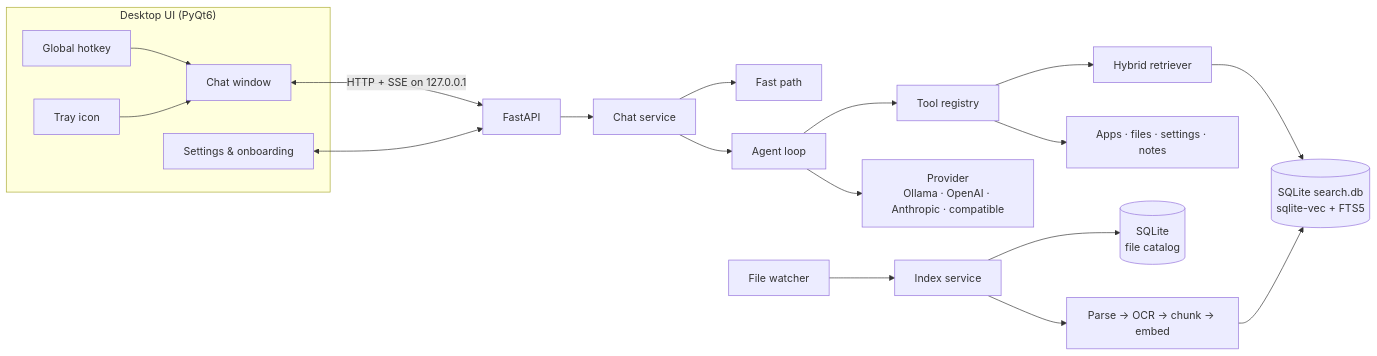
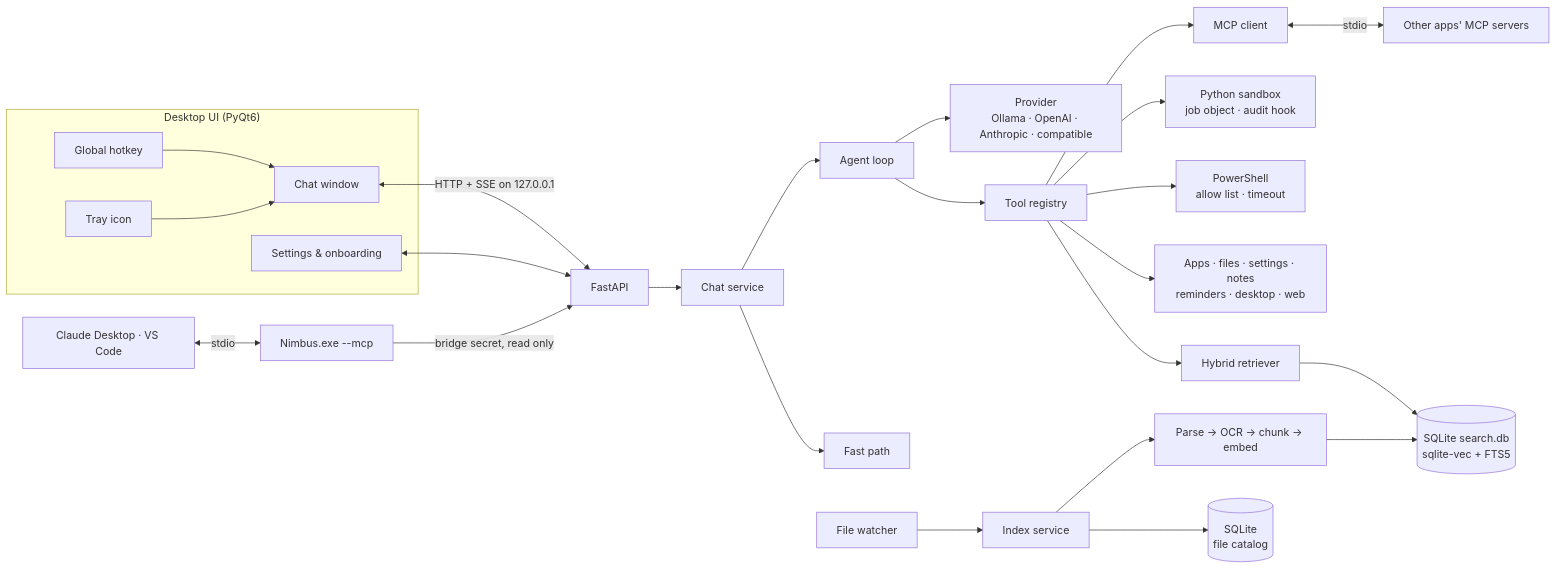
The diagram in README.md (DripYeager/Nimbus), drawn with Mermaid before and after one commit. The commit also changed other lines of this file and 38 other files, not shown here.

Commit message:
fix: close command, sandbox and web-reading bypasses, pin web requests to the checked address, safer approval cards and undo

````diff
--- a/README.md
+++ b/README.md
@@ -153,21 +216,26 @@
 ```mermaid
 flowchart LR
     subgraph UI["Desktop UI (PyQt6)"]
         H[Global hotkey] --> C[Chat window]
         T[Tray icon] --> C
         S[Settings & onboarding]
     end
     C <-->|HTTP + SSE on 127.0.0.1| API[FastAPI]
     S <--> API
     API --> CS[Chat service]
     CS --> FP[Fast path]
     CS --> AG[Agent loop]
     AG --> TR[Tool registry]
     AG --> P["Provider<br/>Ollama · OpenAI · Anthropic · compatible"]
     TR --> R[Hybrid retriever]
-    TR --> ACT[Apps · files · settings · notes]
+    TR --> ACT[Apps · files · settings · notes<br/>reminders · desktop · web]
+    TR --> PS["PowerShell<br/>allow list · timeout"]
+    TR --> PY["Python sandbox<br/>job object · audit hook"]
+    TR --> MC["MCP client"] <-->|stdio| EXT[Other apps' MCP servers]
     R --> VS[(SQLite search.db<br/>sqlite-vec + FTS5)]
+    CD[Claude Desktop · VS Code] <-->|stdio| BR["Nimbus.exe --mcp"]
+    BR -->|bridge secret, read only| API
     W[File watcher] --> IS[Index service]
     IS --> CAT[(SQLite<br/>file catalog)]
     IS --> IX[Parse → OCR → chunk → embed] --> VS
 ```
````
